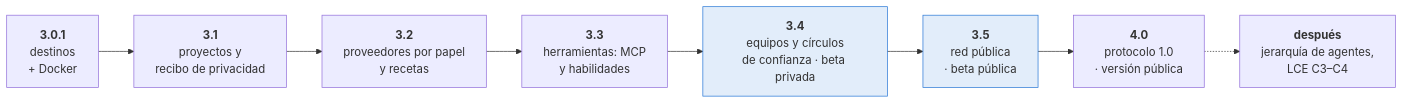
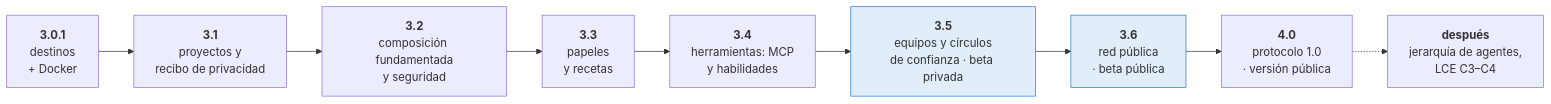
The fourth of 4 diagrams in docs/ROADMAP.md (Sebastardito/SwarmblyAI), drawn with Mermaid before and after one commit. The commit also changed other lines of this file and 1 other file, not shown here.

First line of the commit message:
Roadmap: 3.2 is grounded composition and safety; roles and recipes move to 3.3, later versions one number on

````diff
--- a/docs/ROADMAP.md
+++ b/docs/ROADMAP.md
@@ -172,12 +175,13 @@
 ```mermaid
 flowchart LR
   V1["<b>3.0.1</b><br/>destinos<br/>+ Docker"] --> V2["<b>3.1</b><br/>proyectos y<br/>recibo de privacidad"]
-  V2 --> V3["<b>3.2</b><br/>proveedores por papel<br/>y recetas"]
-  V3 --> V4["<b>3.3</b><br/>herramientas: MCP<br/>y habilidades"]
-  V4 --> V5["<b>3.4</b><br/>equipos y círculos<br/>de confianza · beta privada"]
-  V5 --> V6["<b>3.5</b><br/>red pública<br/>· beta pública"]
+  V2 --> V3["<b>3.2</b><br/>composición fundamentada<br/>y seguridad"]
+  V3 --> V3b["<b>3.3</b><br/>papeles<br/>y recetas"]
+  V3b --> V4["<b>3.4</b><br/>herramientas: MCP<br/>y habilidades"]
+  V4 --> V5["<b>3.5</b><br/>equipos y círculos<br/>de confianza · beta privada"]
+  V5 --> V6["<b>3.6</b><br/>red pública<br/>· beta pública"]
   V6 --> V7["<b>4.0</b><br/>protocolo 1.0<br/>· versión pública"]
   V7 -.-> V8["<b>después</b><br/>jerarquía de agentes,<br/>LCE C3–C4"]
   style V5 fill:#2a78d622,stroke:#2a78d6
   style V6 fill:#2a78d622,stroke:#2a78d6
 ```
````
